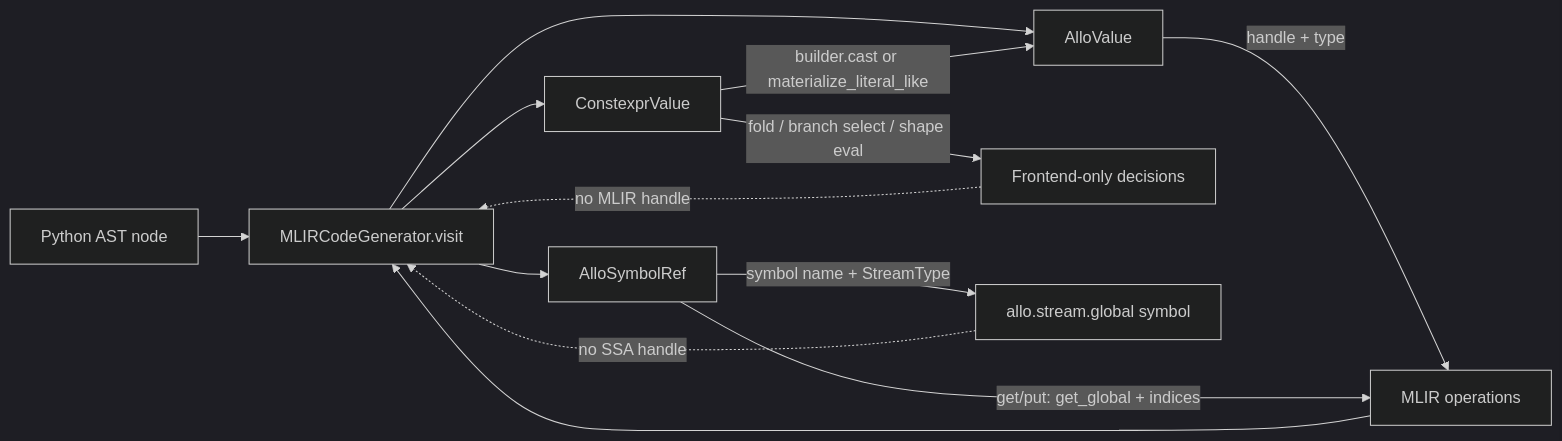
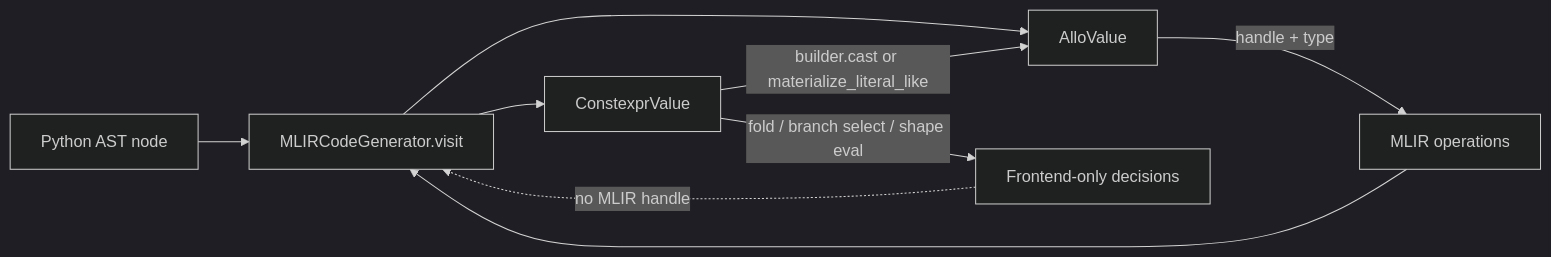
The first of 3 diagrams in docs/compiler_infrastructure.md (kkkaishao/allo), drawn with Mermaid (dark theme) before and after one commit. The commit also changed other lines of this file and 5 other files, not shown here.

````diff
--- a/docs/compiler_infrastructure.md
+++ b/docs/compiler_infrastructure.md
@@ -47,17 +47,13 @@
 ```mermaid
 flowchart LR
     AST[Python AST node] --> CG[MLIRCodeGenerator.visit]
     CG --> CV[ConstexprValue]
     CG --> AV[AlloValue]
-    CG --> SR[AlloSymbolRef]
 
     CV -->|fold / branch select / shape eval| Frontend[Frontend-only decisions]
     CV -->|builder.cast or materialize_literal_like| AV
     AV -->|handle + type| IR[MLIR operations]
-    SR -->|symbol name + StreamType| GST[allo.stream.global symbol]
-    SR -->|get/put: get_global + indices| IR
 
     Frontend -. no MLIR handle .-> CG
-    GST -. no SSA handle .-> CG
     IR --> CG
 ```
````
